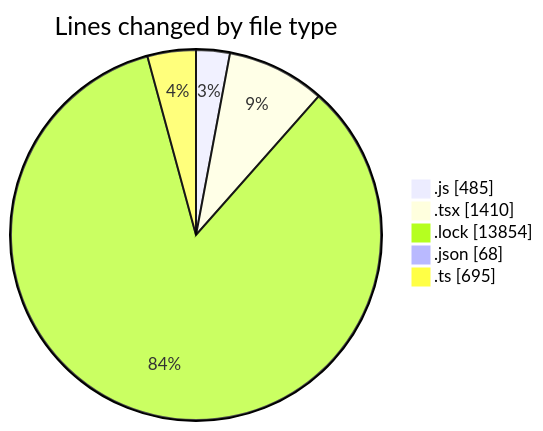
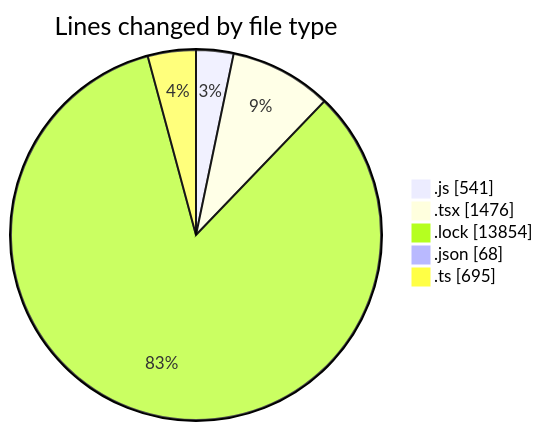
One commit to momahboobian/code-tracking changed the first of 2 diagrams in 2026-06-16/cda/README.md. Above: the diagram before and after it, drawn with Mermaid. The commit also changed other lines of this file and 1 other file, not shown here.

````diff
--- a/2026-06-16/cda/README.md
+++ b/2026-06-16/cda/README.md
@@ -34,9 +34,9 @@
 ```mermaid
 pie showData
 title Lines changed by file type
-".js" : 485
-".tsx" : 1410
+".js" : 541
+".tsx" : 1476
 ".lock" : 13854
 ".json" : 68
 ".ts" : 695
 ```
````
